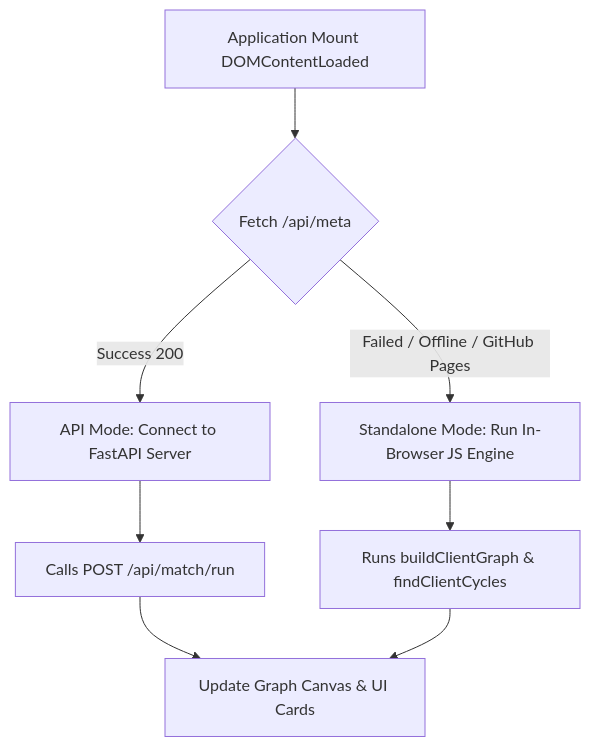
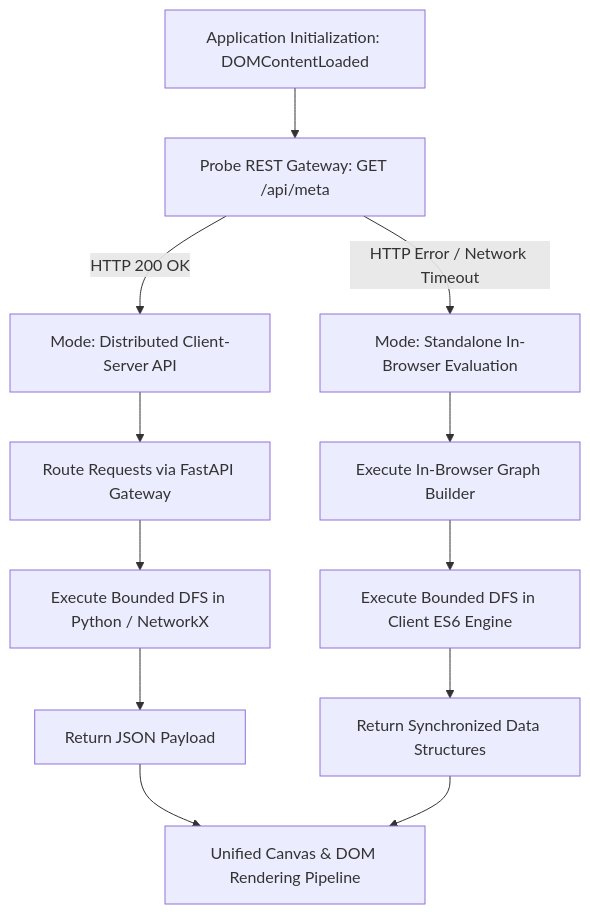
Before and after one commit to Kryton-System/RoundTable: the second of 2 diagrams in FRONTEND_SCAFFOLDING.md, drawn with Mermaid. The commit also changed other lines of this file, not shown here.

````diff
--- a/FRONTEND_SCAFFOLDING.md
+++ b/FRONTEND_SCAFFOLDING.md
@@ -281,12 +316,18 @@
 ```mermaid
 flowchart TD
-    Init[Application Mount DOMContentLoaded] --> CheckAPI{Fetch /api/meta}
-    CheckAPI -->|Success 200| APIMode[API Mode: Connect to FastAPI Server]
-    CheckAPI -->|Failed / Offline / GitHub Pages| StandaloneMode[Standalone Mode: Run In-Browser JS Engine]
+    Init[Application Initialization: DOMContentLoaded] --> Probe[Probe REST Gateway: GET /api/meta]
+    
+    Probe -->|HTTP 200 OK| RemoteMode[Mode: Distributed Client-Server API]
+    Probe -->|HTTP Error / Network Timeout| StandaloneMode[Mode: Standalone In-Browser Evaluation]
 
-    APIMode --> RemoteMatching[Calls POST /api/match/run]
-    StandaloneMode --> LocalMatching[Runs buildClientGraph & findClientCycles]
+    RemoteMode --> RestGateway[Route Requests via FastAPI Gateway]
+    RestGateway --> BackendPython[Execute Bounded DFS in Python / NetworkX]
+    BackendPython --> RemoteResponse[Return JSON Payload]
 
-    RemoteMatching --> RenderUI[Update Graph Canvas & UI Cards]
-    LocalMatching --> RenderUI
+    StandaloneMode --> LocalEngine[Execute In-Browser Graph Builder]
+    LocalEngine --> LocalDFS[Execute Bounded DFS in Client ES6 Engine]
+    LocalDFS --> LocalResponse[Return Synchronized Data Structures]
+
+    RemoteResponse --> RenderView[Unified Canvas & DOM Rendering Pipeline]
+    LocalResponse --> RenderView
 ```
````
